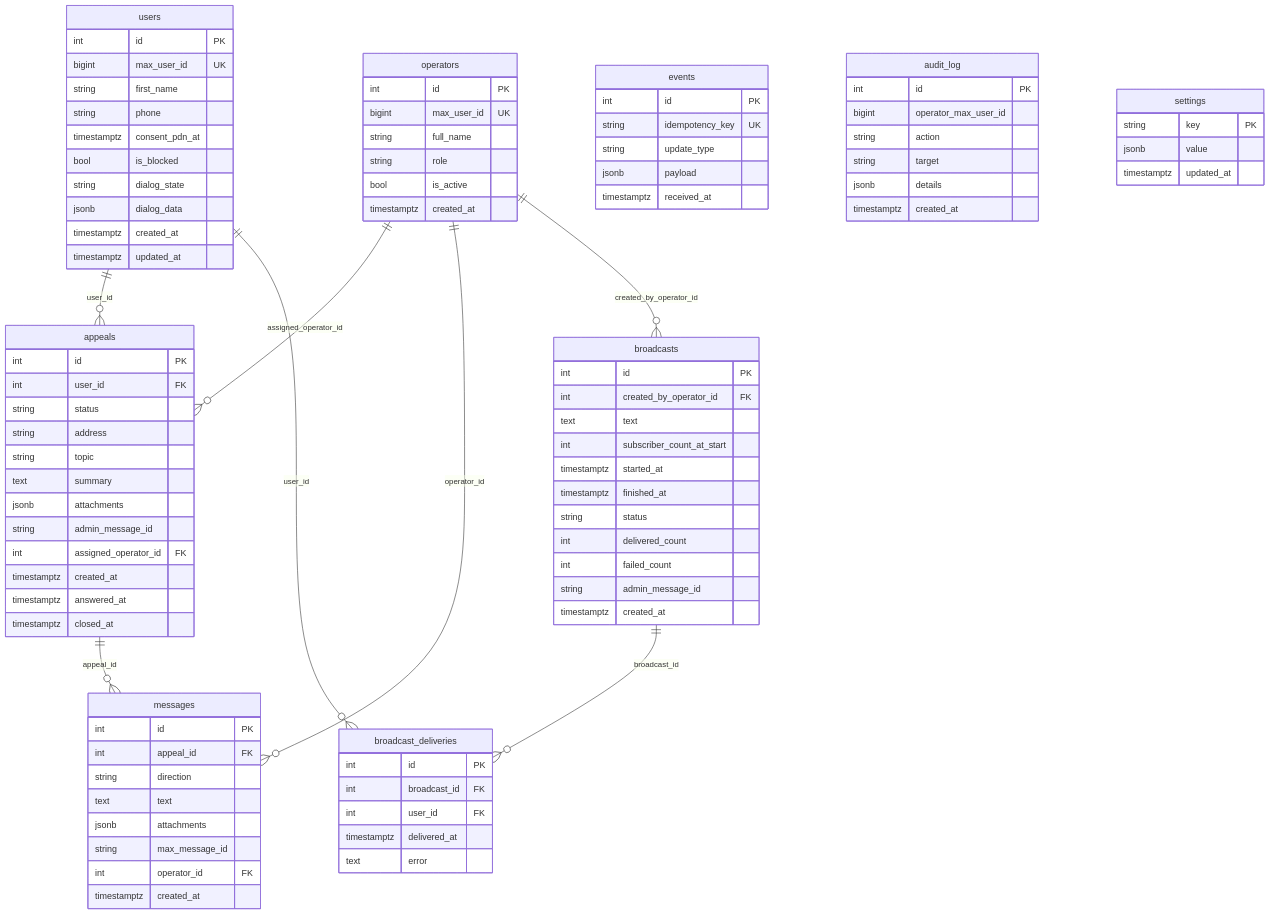
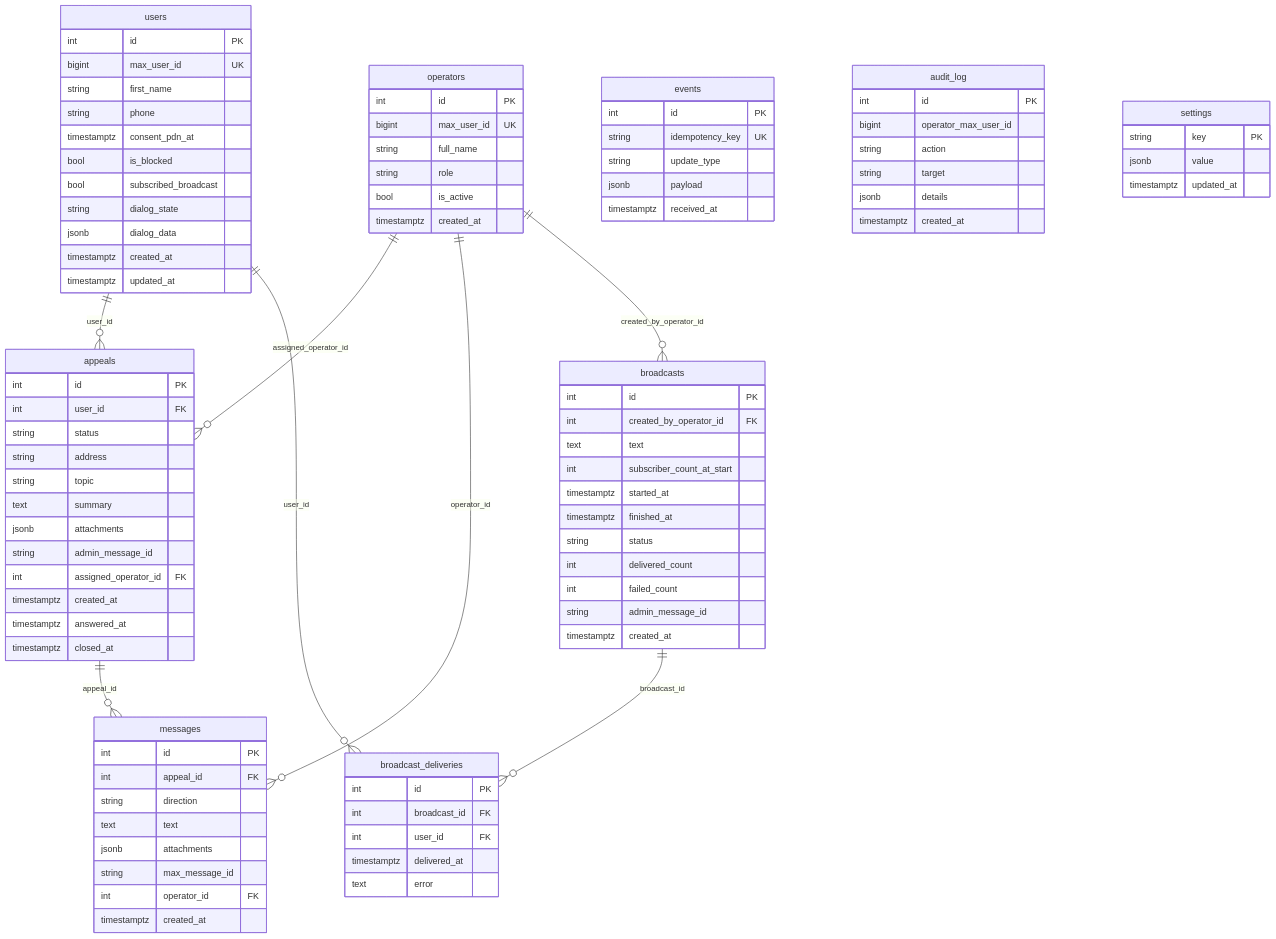
Before and after one commit to gaben1488/aemr-bot: the diagram in docs/db-schema.md, drawn with Mermaid. The commit also changed other lines of this file and 6 other files, not shown here.

```diff
--- a/docs/db-schema.md
+++ b/docs/db-schema.md
@@ -16,6 +16,7 @@
         string phone
         timestamptz consent_pdn_at
         bool is_blocked
+        bool subscribed_broadcast
         string dialog_state
         jsonb dialog_data
         timestamptz created_at
```
